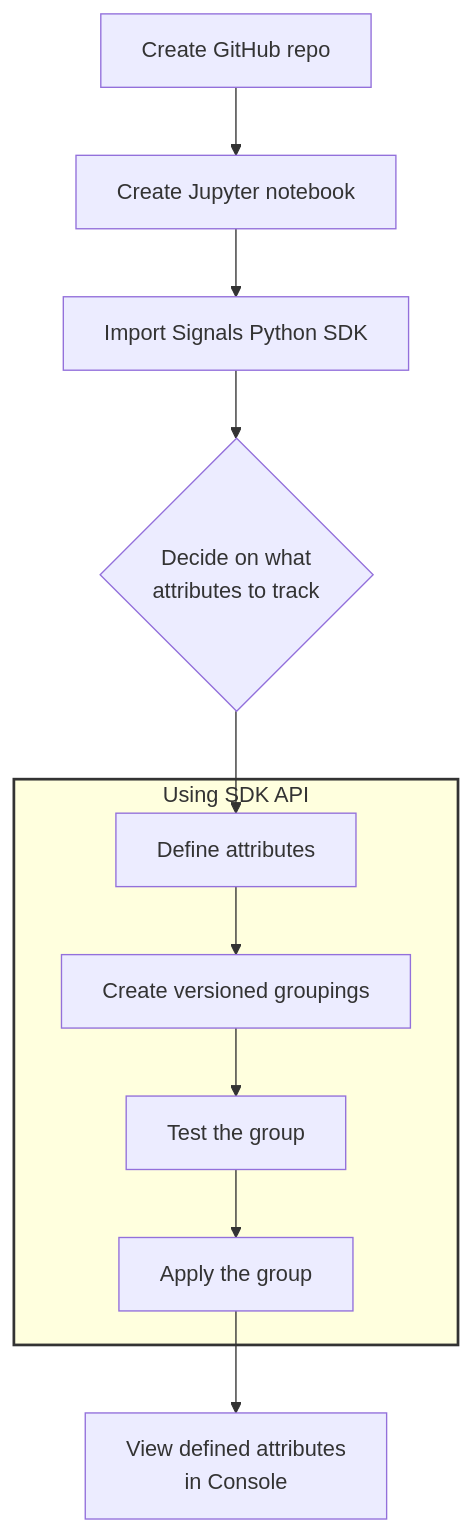
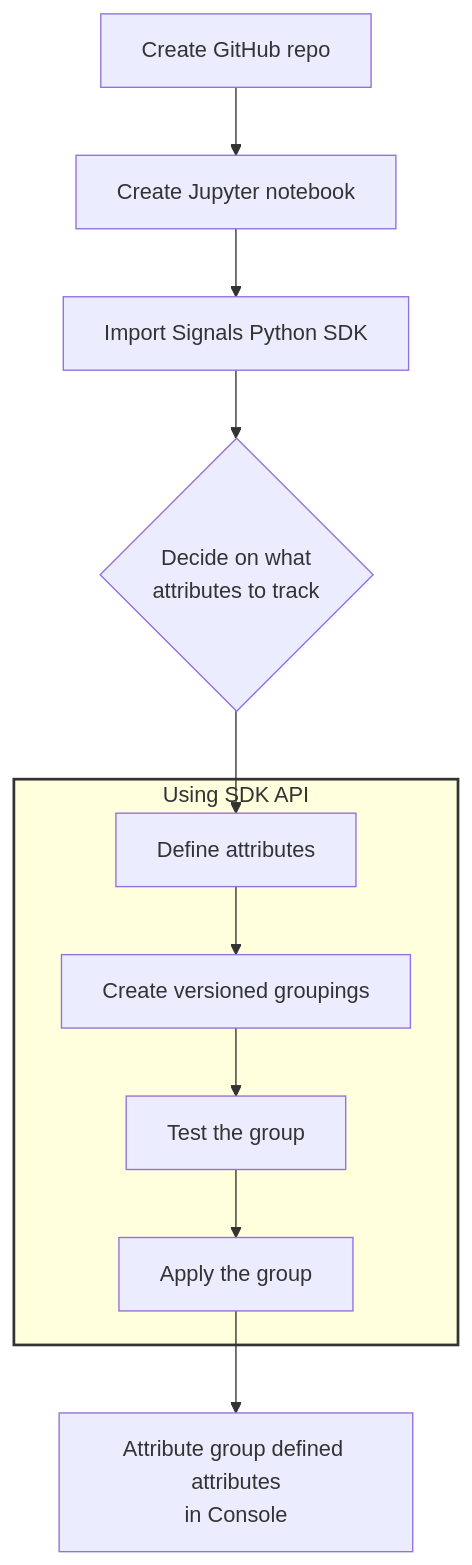
Before and after one commit to snowplow/documentation: the first of 3 diagrams in docs/signals/index.md, drawn with Mermaid. The commit also changed other lines of this file and 16 other files, not shown here.

````diff
--- a/docs/signals/index.md
+++ b/docs/signals/index.md
@@ -71,18 +71,18 @@
 ```mermaid
 flowchart TD
     A[Create GitHub repo] --> B[Create Jupyter notebook]
     B --> C[Import Signals Python SDK]
     C --> D{Decide on what<br/>attributes to track}
 
     D --> E[Define attributes]
 
     subgraph SDK[Using SDK API]
         E --> F[Create versioned groupings]
         F --> G[Test the group]
         G --> H[Apply the group]
     end
 
-    H --> I[View defined attributes<br/>in Console]
+    H --> I[Attribute group defined attributes<br/>in Console]
 
     style SDK stroke:#333,stroke-width:2px
 ```
````
